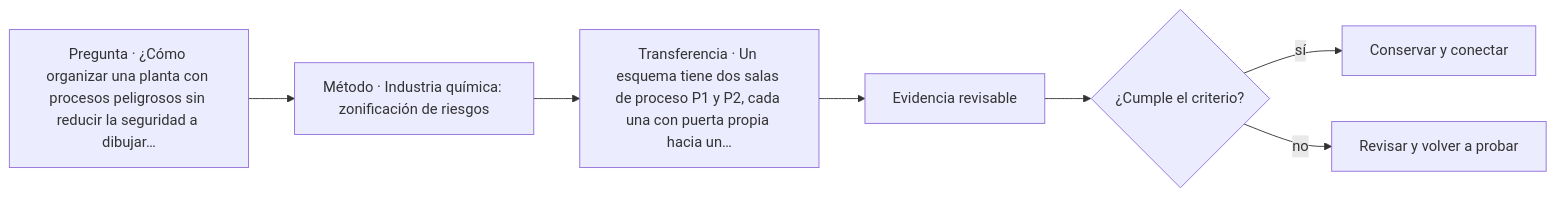
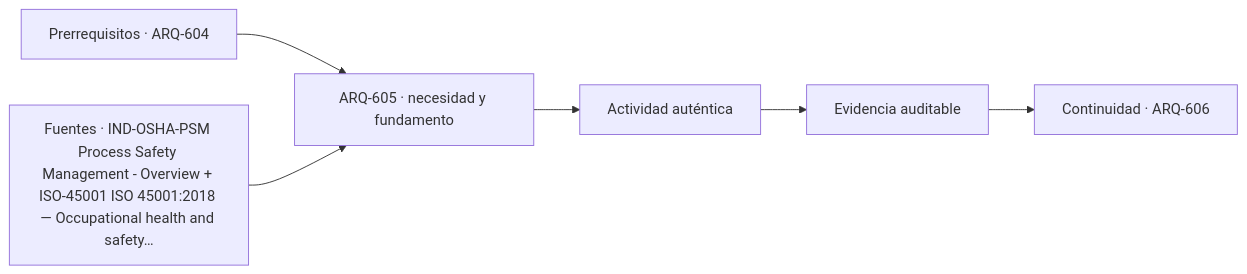
Before and after one commit to vladimiracunadev-create/architecture-built-environment-learning-program: the diagram in classes/parte-61/ARQ-605.md, drawn with Mermaid. The commit also changed other lines of this file and 761 other files, not shown here.

````diff
--- a/classes/parte-61/ARQ-605.md
+++ b/classes/parte-61/ARQ-605.md
@@ -111,9 +123,8 @@
 ```mermaid
 flowchart LR
-    Q["Pregunta · ¿Cómo organizar una planta con procesos peligrosos sin reducir la seguridad a dibujar…"] --> M["Método · Industria química: zonificación de riesgos"]
-    M --> P["Transferencia · Un esquema tiene dos salas de proceso P1 y P2, cada una con puerta propia hacia un…"]
-    P --> E["Evidencia revisable"]
-    E --> C{"¿Cumple el criterio?"}
-    C -->|sí| T["Conservar y conectar"]
-    C -->|no| R["Revisar y volver a probar"]
+    A["Prerrequisitos · ARQ-604"] --> B["ARQ-605 · necesidad y fundamento"]
+    S["Fuentes · IND-OSHA-PSM Process Safety Management - Overview + ISO-45001 ISO 45001:2018 — Occupational health and safety…"] --> B
+    B --> C["Actividad auténtica"]
+    C --> D["Evidencia auditable"]
+    D --> E["Continuidad · ARQ-606"]
 ```
````
